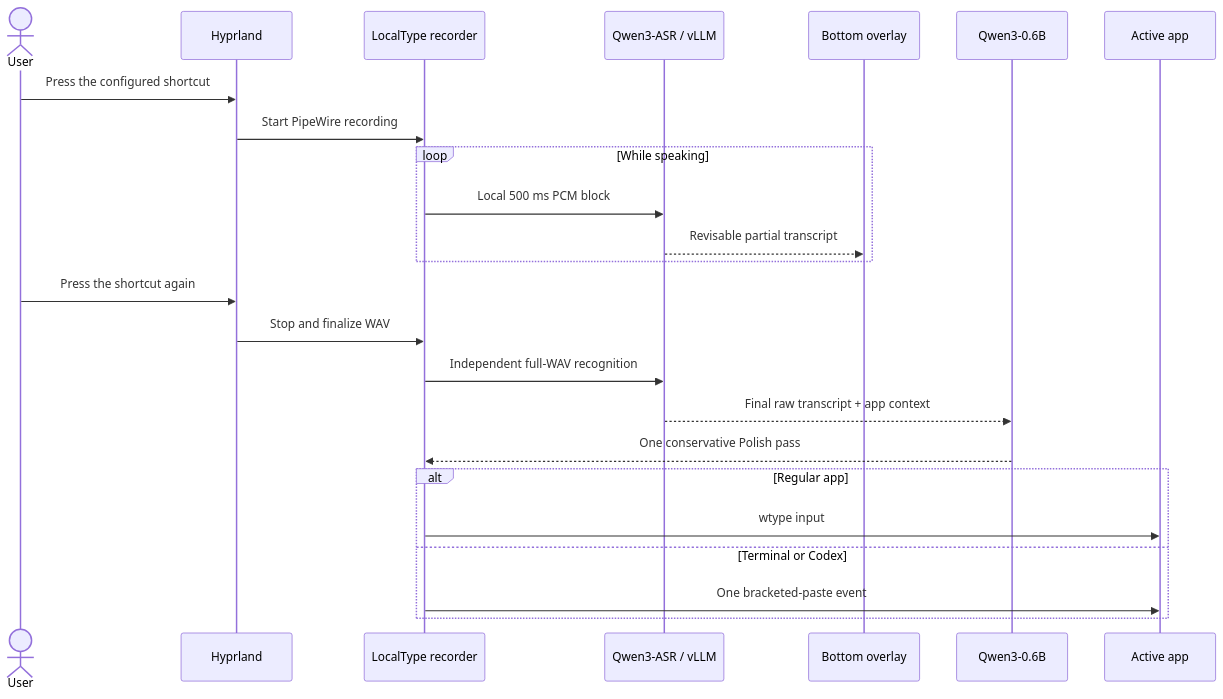
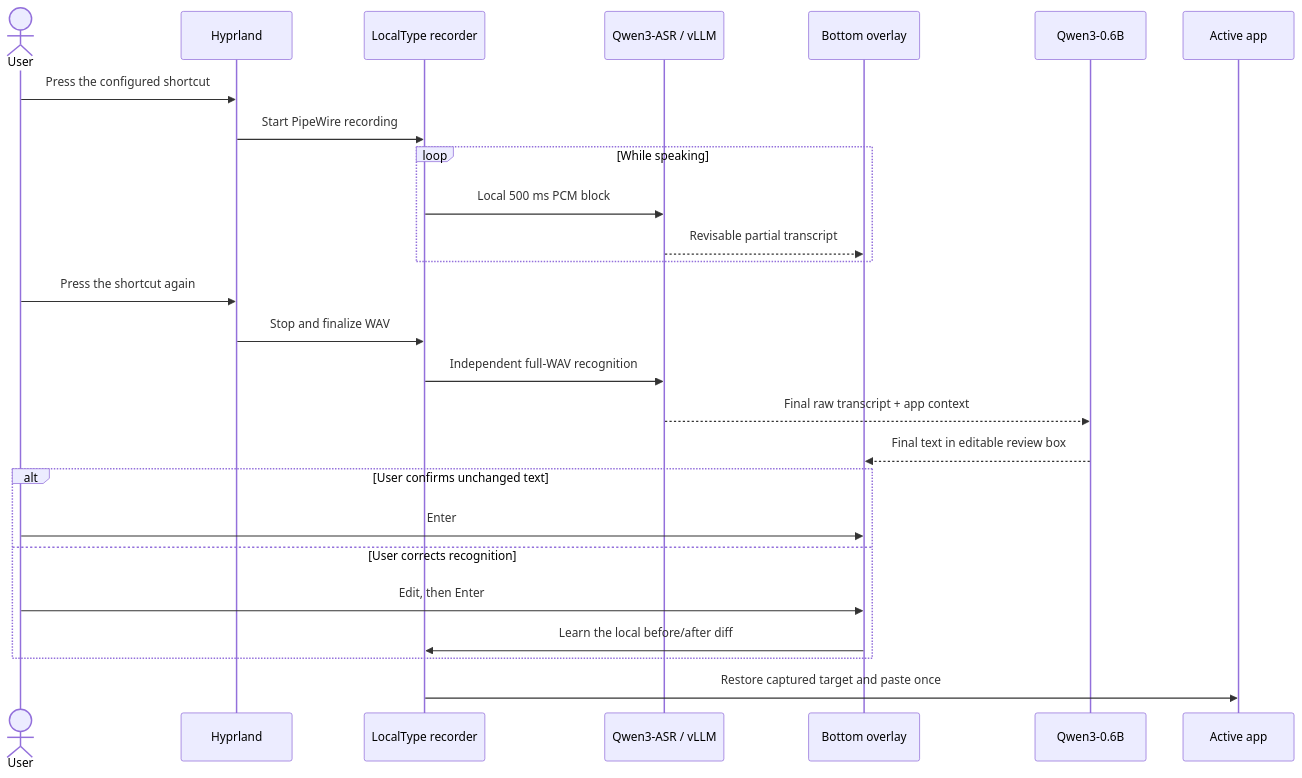
The diagram in README.md (NuckyInSg/omarchy-localtype), drawn with Mermaid before and after one commit. The commit also changed other lines of this file and 12 other files, not shown here.

Commit message:
feat: add editable dictation review overlay

````diff
--- a/README.md
+++ b/README.md
@@ -115,27 +117,29 @@
 ```mermaid
 sequenceDiagram
     actor U as User
     participant H as Hyprland
     participant R as LocalType recorder
     participant A as Qwen3-ASR / vLLM
     participant O as Bottom overlay
     participant L as Qwen3-0.6B
     participant T as Active app
 
     U->>H: Press the configured shortcut
     H->>R: Start PipeWire recording
     loop While speaking
         R->>A: Local 500 ms PCM block
         A-->>O: Revisable partial transcript
     end
     U->>H: Press the shortcut again
     H->>R: Stop and finalize WAV
     R->>A: Independent full-WAV recognition
     A-->>L: Final raw transcript + app context
-    L-->>R: One conservative Polish pass
-    alt Regular app
-        R->>T: wtype input
-    else Terminal or Codex
-        R->>T: One bracketed-paste event
+    L-->>O: Final text in editable review box
+    alt User confirms unchanged text
+        U->>O: Enter
+    else User corrects recognition
+        U->>O: Edit, then Enter
+        O->>R: Learn the local before/after diff
     end
+    R->>T: Restore captured target and paste once
 ```
````
